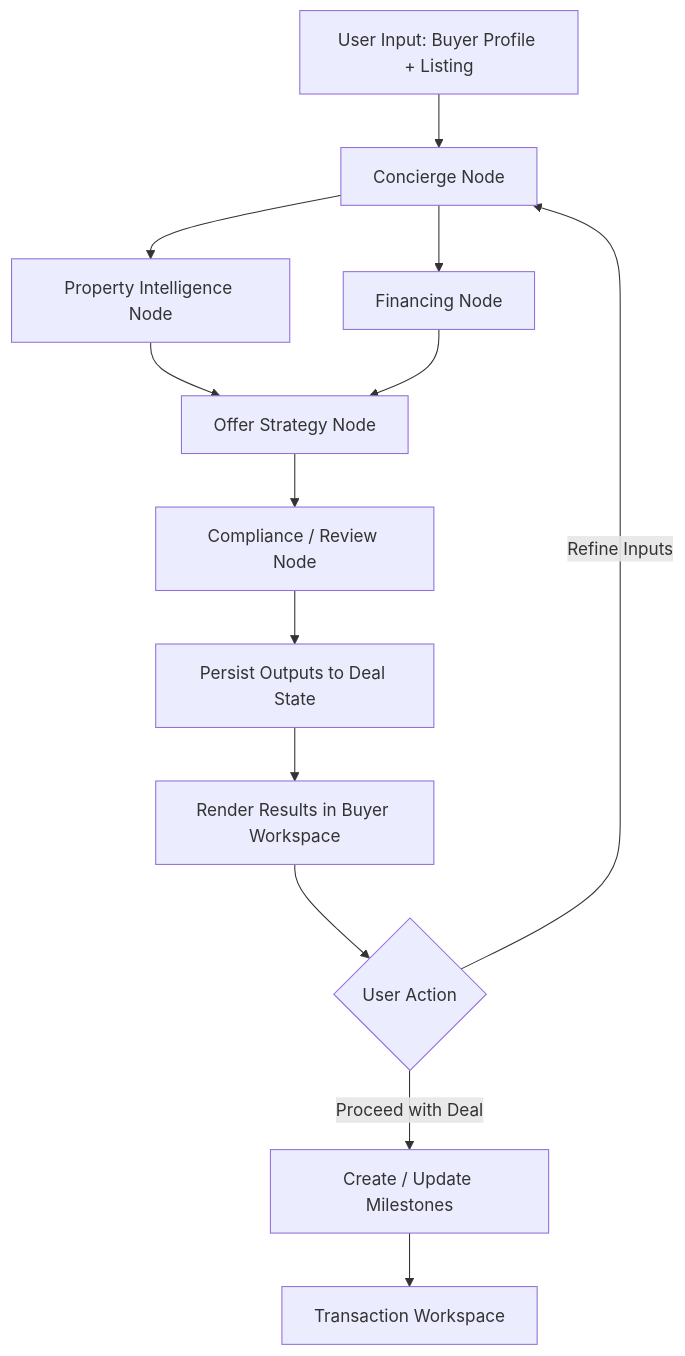
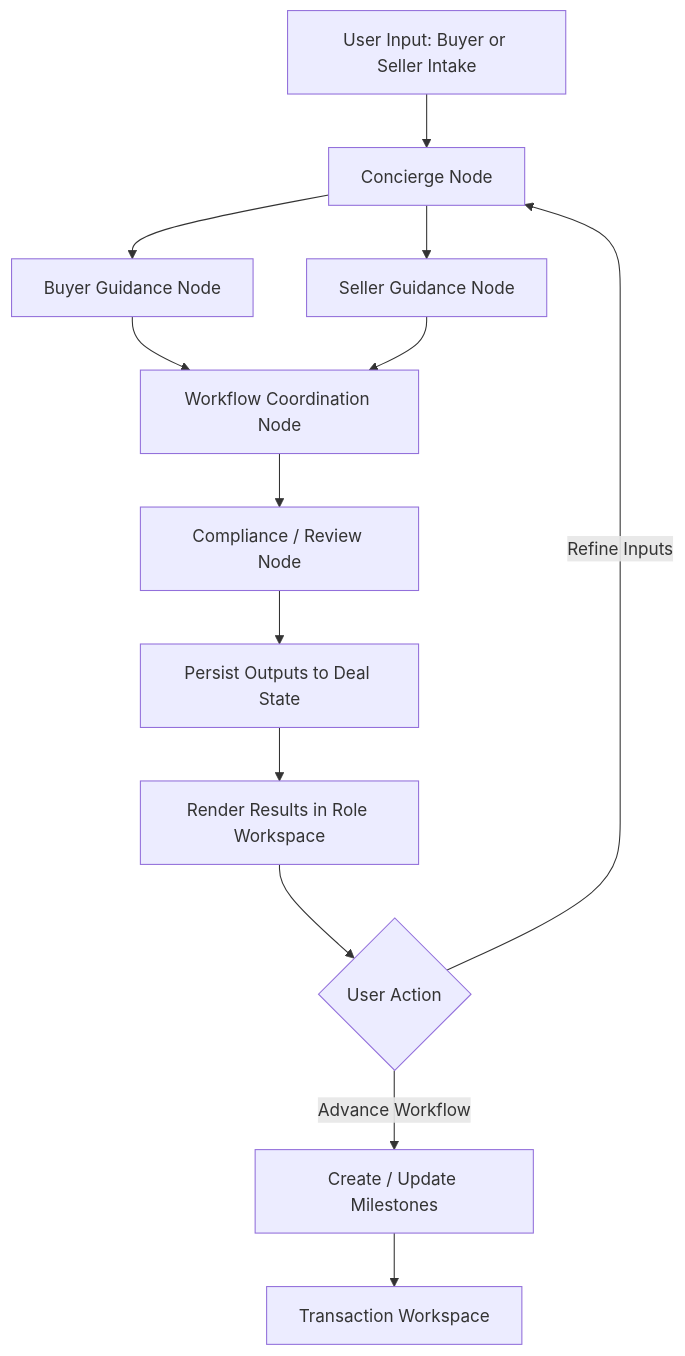
The diagram in PROJECT_PLAN.md (BryanDYang/glashaus), drawn with Mermaid before and after one commit. The commit also changed other lines of this file and 3 other files, not shown here.

````diff
--- a/PROJECT_PLAN.md
+++ b/PROJECT_PLAN.md
@@ -364,15 +361,15 @@
 ```mermaid
 flowchart TD
-    A[User Input: Buyer Profile + Listing] --> B[Concierge Node]
-    B --> C[Property Intelligence Node]
-    B --> D[Financing Node]
-    C --> E[Offer Strategy Node]
+    A[User Input: Buyer or Seller Intake] --> B[Concierge Node]
+    B --> C[Buyer Guidance Node]
+    B --> D[Seller Guidance Node]
+    C --> E[Workflow Coordination Node]
     D --> E
     E --> F[Compliance / Review Node]
     F --> G[Persist Outputs to Deal State]
-    G --> H[Render Results in Buyer Workspace]
+    G --> H[Render Results in Role Workspace]
     H --> I{User Action}
     I -->|Refine Inputs| B
-    I -->|Proceed with Deal| J[Create / Update Milestones]
+    I -->|Advance Workflow| J[Create / Update Milestones]
     J --> K[Transaction Workspace]
 ```
````
